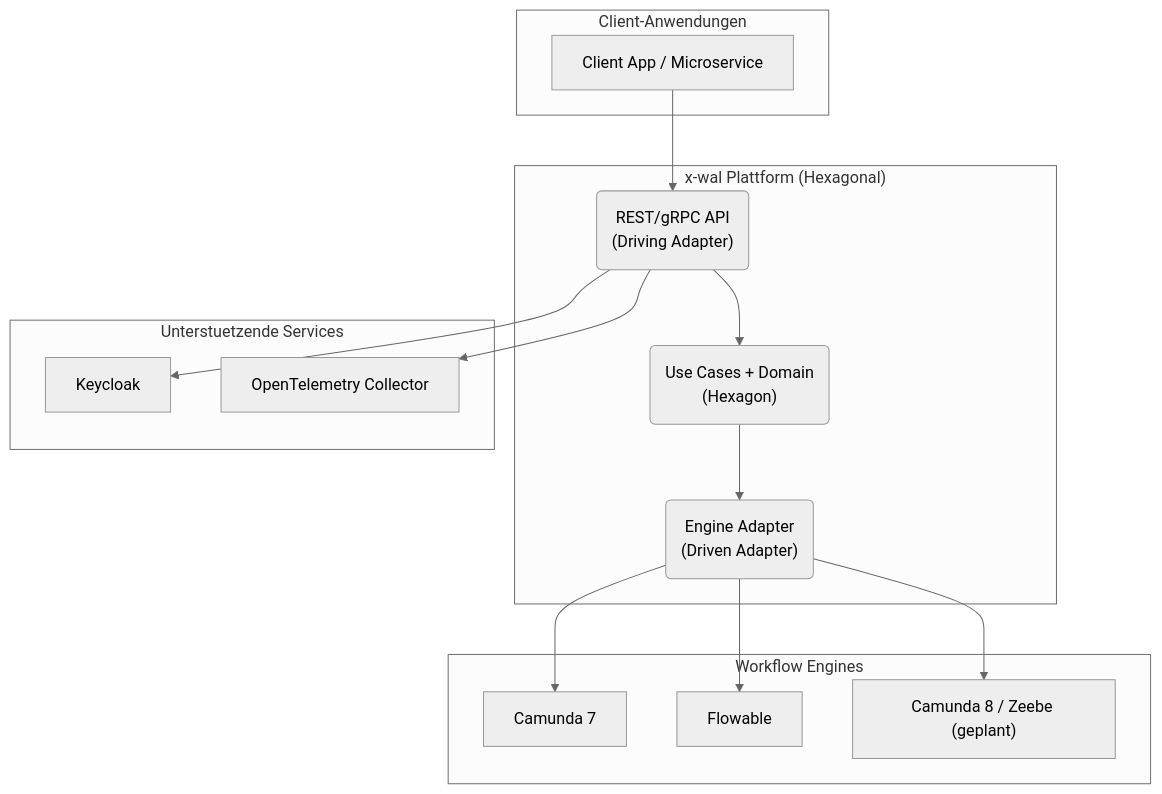
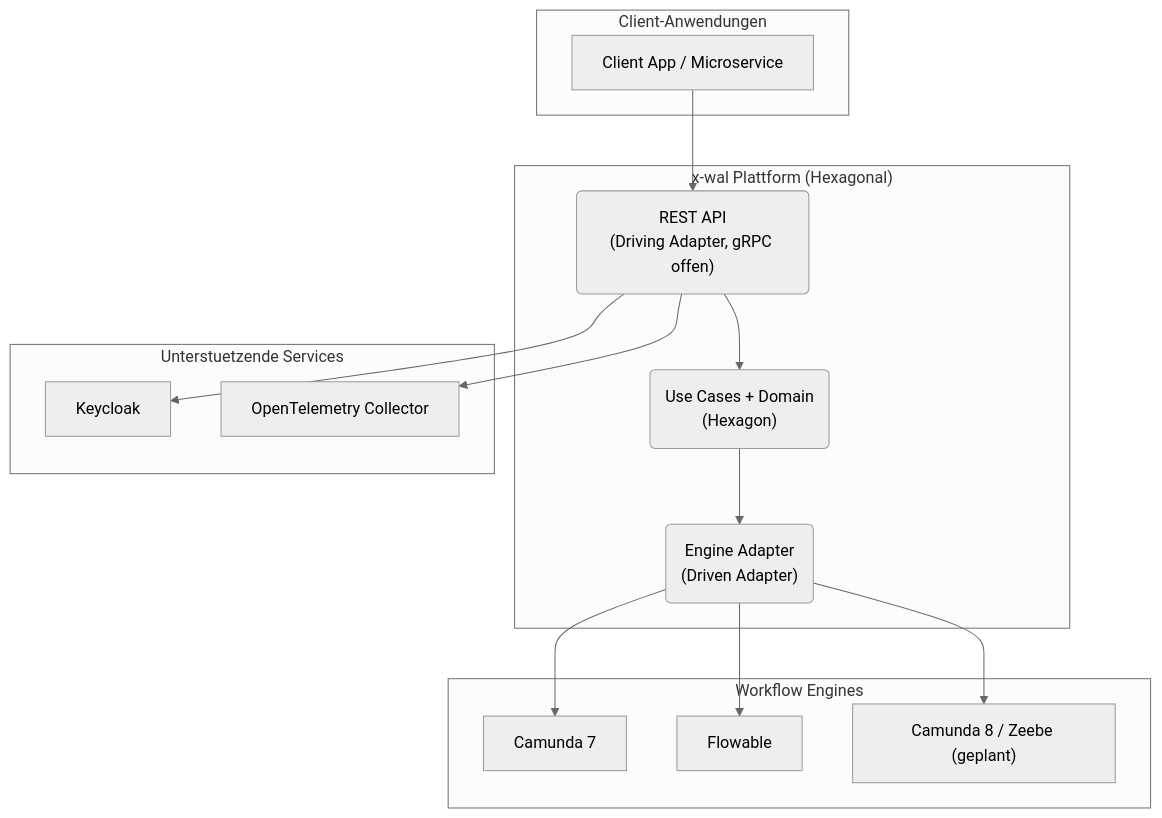
The diagram in docs/Pflichtenheft-x-wal-v2.0.0.md (pt9912/x-wal), drawn with Mermaid (neutral theme) before and after one commit. The commit also changed other lines of this file and 5 other files, not shown here.

````diff
--- a/docs/Pflichtenheft-x-wal-v2.0.0.md
+++ b/docs/Pflichtenheft-x-wal-v2.0.0.md
@@ -38,33 +45,33 @@
 ```mermaid
 graph TD
     subgraph "Client-Anwendungen"
         A["Client App / Microservice"]
     end
 
     subgraph "x-wal Plattform (Hexagonal)"
-        B("REST/gRPC API<br/>(Driving Adapter)")
+        B("REST API<br/>(Driving Adapter, gRPC offen)")
         C("Use Cases + Domain<br/>(Hexagon)")
         D("Engine Adapter<br/>(Driven Adapter)")
 
         B --> C
         C --> D
     end
 
     subgraph "Unterstuetzende Services"
         H["Keycloak"]
         I["OpenTelemetry Collector"]
     end
 
     subgraph "Workflow Engines"
         E["Camunda 7"]
         F["Flowable"]
         G["Camunda 8 / Zeebe (geplant)"]
     end
 
     A --> B
     D --> E
     D --> F
     D --> G
     B --> H
     B --> I
 ```
````
